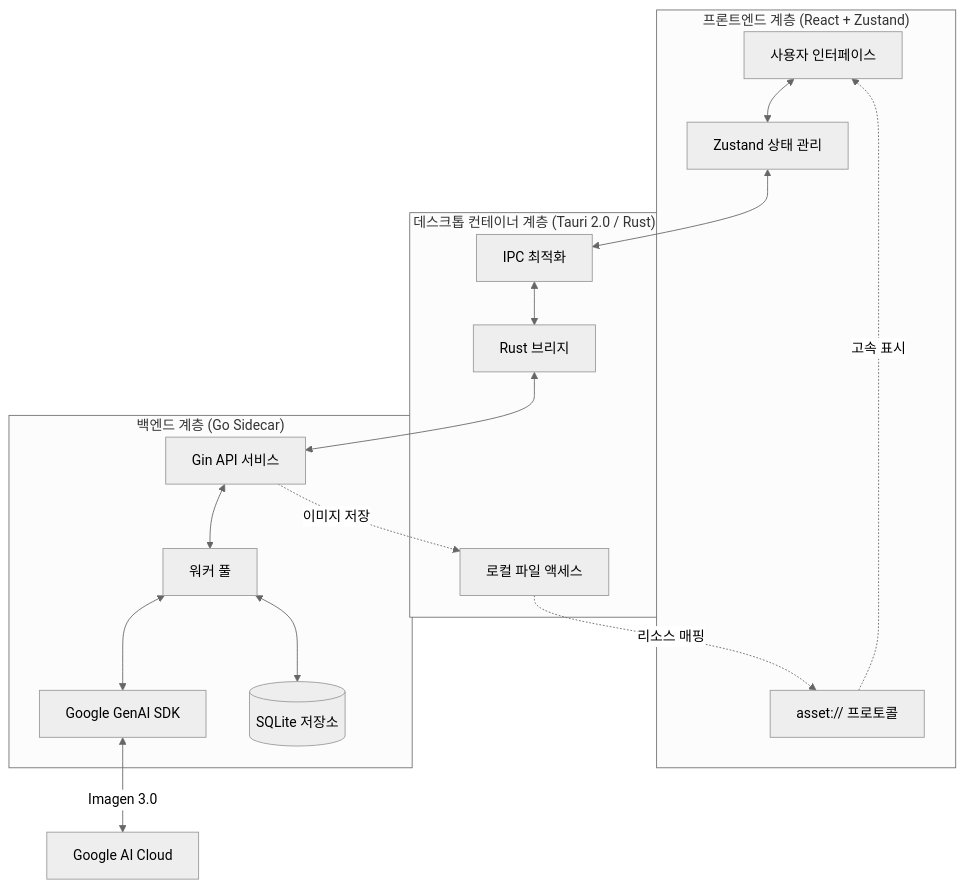
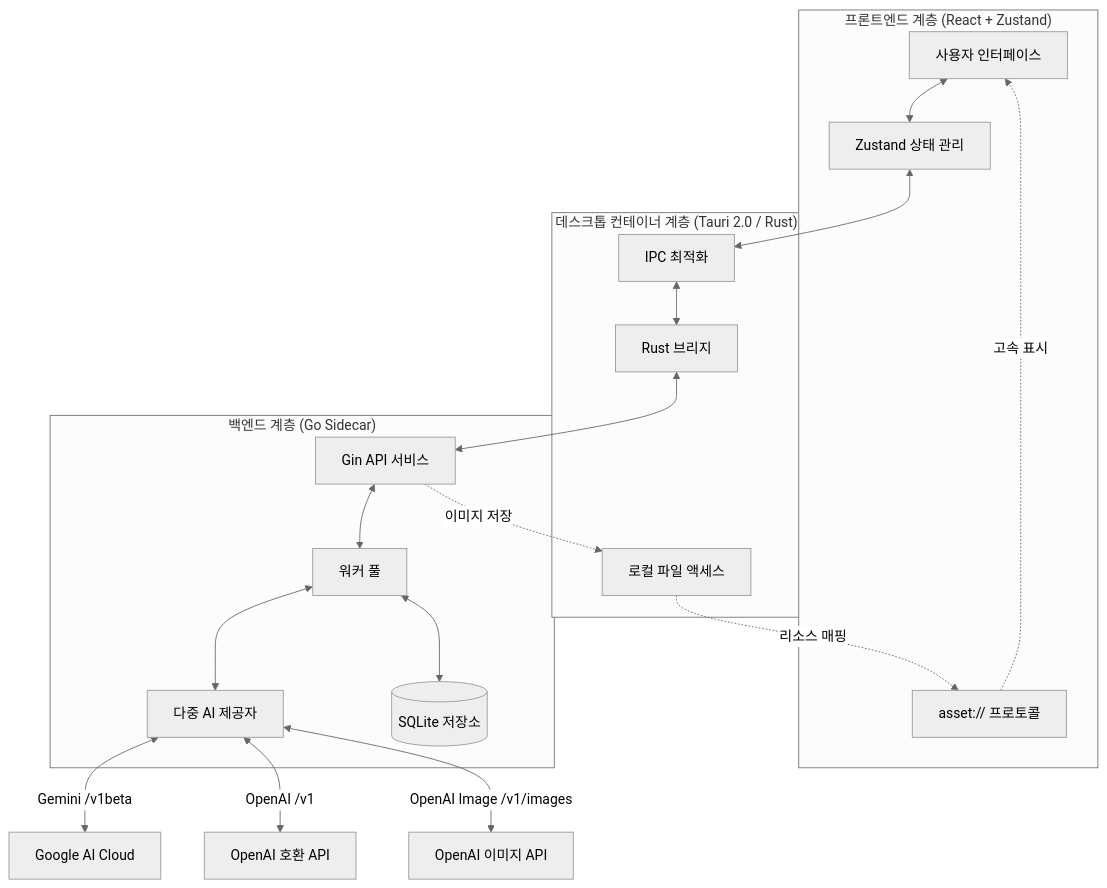
One commit to ShellMonster/Nano_Banana_Pro_Web changed the diagram in README_KR.md. Above: the diagram before and after it, drawn with Mermaid (neutral theme). The commit also changed other lines of this file and 14 other files, not shown here.

````diff
--- a/README_KR.md
+++ b/README_KR.md
@@ -170,33 +172,35 @@
 ```mermaid
 graph TD
     subgraph "프론트엔드 계층 (React + Zustand)"
         UI[사용자 인터페이스]
         State[Zustand 상태 관리]
         AssetProtocol[asset:// 프로토콜]
     end
 
     subgraph "데스크톱 컨테이너 계층 (Tauri 2.0 / Rust)"
         TauriBridge[Rust 브리지]
         IPC[IPC 최적화]
         FS[로컬 파일 액세스]
     end
 
     subgraph "백엔드 계층 (Go Sidecar)"
         GoServer[Gin API 서비스]
         WorkerPool[워커 풀]
-        GeminiSDK[Google GenAI SDK]
+        Providers[다중 AI 제공자]
         SQLite[(SQLite 저장소)]
     end
 
     UI <--> State
     State <--> IPC
     IPC <--> TauriBridge
     TauriBridge <--> GoServer
     GoServer <--> WorkerPool
-    WorkerPool <--> GeminiSDK
+    WorkerPool <--> Providers
     WorkerPool <--> SQLite
-    GeminiSDK <--> |Imagen 3.0| Cloud[Google AI Cloud]
+    Providers <--> |Gemini /v1beta| Gemini[Google AI Cloud]
+    Providers <--> |OpenAI /v1| OpenAI[OpenAI 호환 API]
+    Providers <--> |OpenAI Image /v1/images| OpenAIImage[OpenAI 이미지 API]
     GoServer -.-> |이미지 저장| FS
     FS -.-> |리소스 매핑| AssetProtocol
     AssetProtocol -.-> |고속 표시| UI
 ```
````
